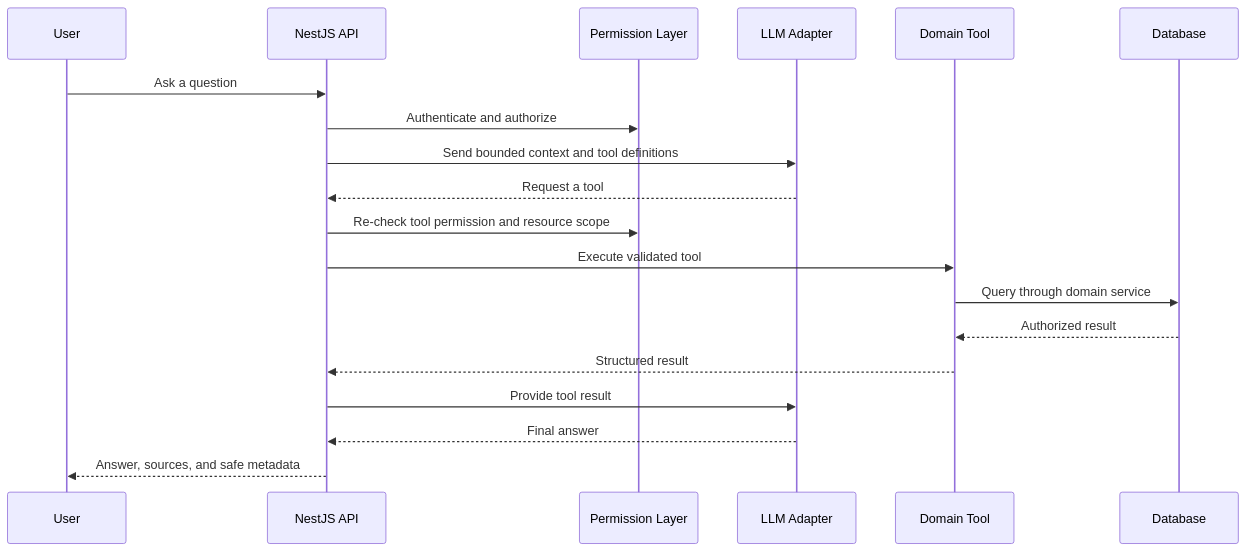
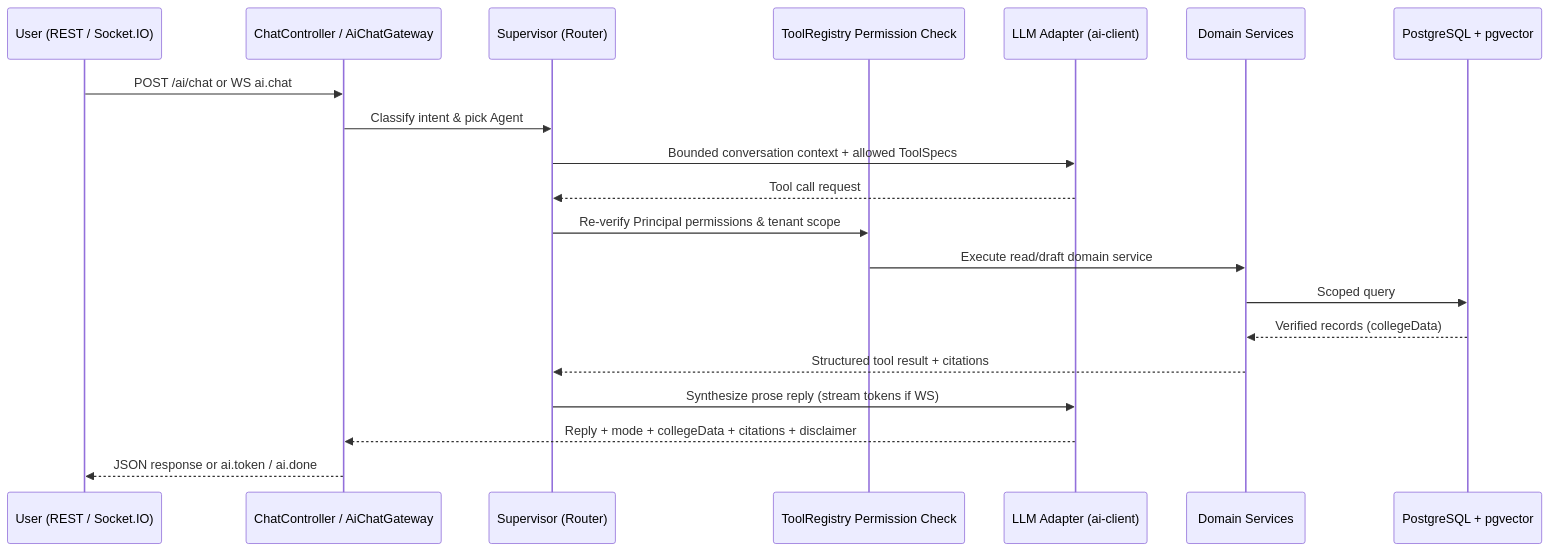
Before and after one commit to dpk45deepak/CollegeOS: the diagram in docs/AI_AGENTS.md, drawn with Mermaid. The commit also changed other lines of this file and 257 other files, not shown here.

````diff
--- a/docs/AI_AGENTS.md
+++ b/docs/AI_AGENTS.md
@@ -9,21 +7,23 @@
 ```mermaid
 sequenceDiagram
-    participant U as User
-    participant API as NestJS API
-    participant P as Permission Layer
-    participant L as LLM Adapter
-    participant T as Domain Tool
-    participant DB as Database
-    U->>API: Ask a question
-    API->>P: Authenticate and authorize
-    API->>L: Send bounded context and tool definitions
-    L-->>API: Request a tool
-    API->>P: Re-check tool permission and resource scope
-    API->>T: Execute validated tool
-    T->>DB: Query through domain service
-    DB-->>T: Authorized result
-    T-->>API: Structured result
-    API->>L: Provide tool result
-    L-->>API: Final answer
-    API-->>U: Answer, sources, and safe metadata
+    participant U as User (REST / Socket.IO)
+    participant API as ChatController / AiChatGateway
+    participant Sup as Supervisor (Router)
+    participant P as ToolRegistry Permission Check
+    participant L as LLM Adapter (ai-client)
+    participant T as Domain Services
+    participant DB as PostgreSQL + pgvector
+
+    U->>API: POST /ai/chat or WS ai.chat
+    API->>Sup: Classify intent & pick Agent
+    Sup->>L: Bounded conversation context + allowed ToolSpecs
+    L-->>Sup: Tool call request
+    Sup->>P: Re-verify Principal permissions & tenant scope
+    P->>T: Execute read/draft domain service
+    T->>DB: Scoped query
+    DB-->>T: Verified records (collegeData)
+    T-->>Sup: Structured tool result + citations
+    Sup->>L: Synthesize prose reply (stream tokens if WS)
+    L-->>API: Reply + mode + collegeData + citations + disclaimer
+    API-->>U: JSON response or ai.token / ai.done
 ```
````
